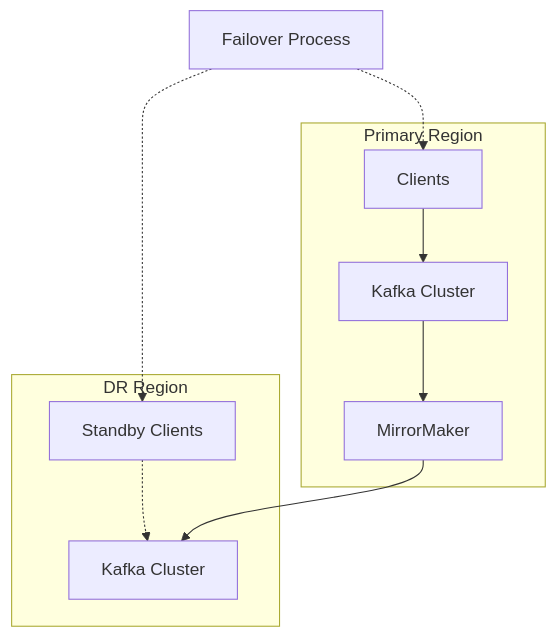
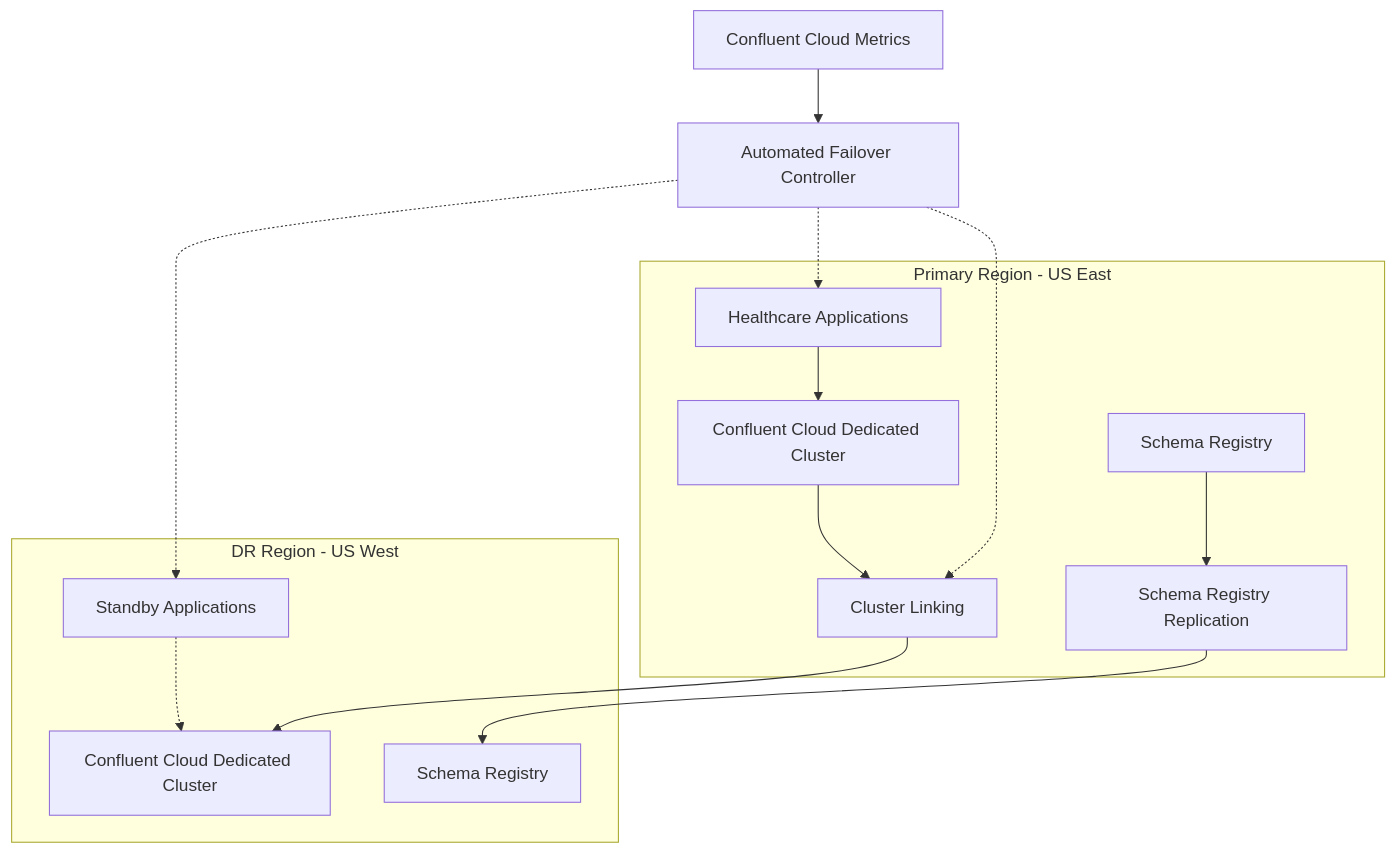
One commit to ryan-norman-cmm/cmm-reference-architecture changed the second of 3 diagrams in docs/architecture/core_components/event-broker/05-operations/disaster-recovery.md. Above: the diagram before and after it, drawn with Mermaid. The commit also changed other lines of this file and 32 other files, not shown here.

````diff
--- a/docs/architecture/core_components/event-broker/05-operations/disaster-recovery.md
+++ b/docs/architecture/core_components/event-broker/05-operations/disaster-recovery.md
@@ -424,15 +2416,20 @@
 ```mermaid
 flowchart TB
-    subgraph "Primary Region"
-        PrimaryClients["Clients"] --> PrimaryBrokers["Kafka Cluster"]
-        PrimaryBrokers --> MirrorMaker
+    subgraph "Primary Region - US East"
+        PrimaryClients["Healthcare Applications"] --> PrimaryCluster["Confluent Cloud Dedicated Cluster"]
+        PrimaryCluster --> ClusterLink["Cluster Linking"]
+        PrimarySchemaRegistry["Schema Registry"] --> SchemaSync["Schema Registry Replication"]
     end
     
-    subgraph "DR Region"
-        DRClients["Standby Clients"] -.-> DRBrokers["Kafka Cluster"]
-        MirrorMaker --> DRBrokers
+    subgraph "DR Region - US West"
+        StandbyClients["Standby Applications"] -.-> DRCluster["Confluent Cloud Dedicated Cluster"]
+        ClusterLink --> DRCluster
+        SchemaSync --> DRSchemaRegistry["Schema Registry"]
     end
     
-    Failover["Failover Process"] -.-> PrimaryClients
-    Failover -.-> DRClients
+    FailoverController["Automated Failover Controller"] -.-> PrimaryClients
+    FailoverController -.-> StandbyClients
+    FailoverController -.-> ClusterLink
+    
+    Monitoring["Confluent Cloud Metrics"] --> FailoverController
 ```
````
